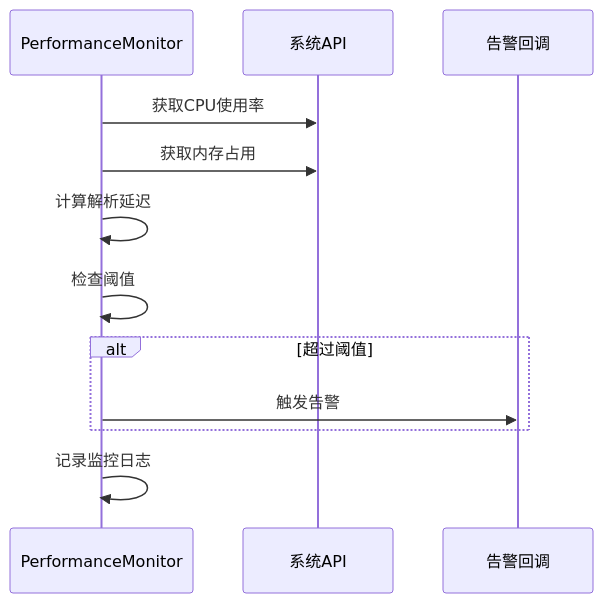
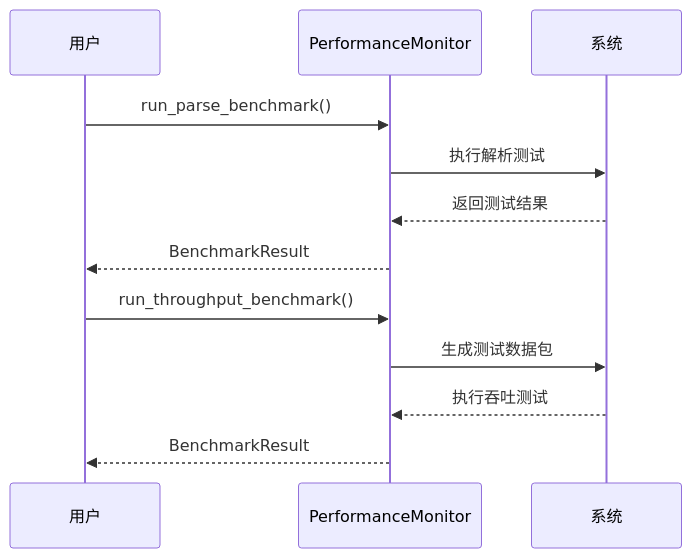
Before and after one commit to jie-798/protocol-parser: the eighth of 9 diagrams in .qoder/repowiki/zh/content/核心组件详解/核心组件详解.md, drawn with Mermaid. The commit also changed other lines of this file and 31 other files, not shown here.

````diff
--- a/.qoder/repowiki/zh/content/核心组件详解/核心组件详解.md
+++ b/.qoder/repowiki/zh/content/核心组件详解/核心组件详解.md
@@ -215,14 +305,14 @@
 ```mermaid
 sequenceDiagram
+participant User as 用户
 participant Monitor as PerformanceMonitor
-participant System as 系统API
-participant Callback as 告警回调
-Monitor->>System : 获取CPU使用率
-Monitor->>System : 获取内存占用
-Monitor->>Monitor : 计算解析延迟
-Monitor->>Monitor : 检查阈值
-alt 超过阈值
-Monitor->>Callback : 触发告警
-end
-Monitor->>Monitor : 记录监控日志
+participant System as 系统
+User->>Monitor : run_parse_benchmark()
+Monitor->>System : 执行解析测试
+System-->>Monitor : 返回测试结果
+Monitor-->>User : BenchmarkResult
+User->>Monitor : run_throughput_benchmark()
+Monitor->>System : 生成测试数据包
+System-->>Monitor : 执行吞吐测试
+Monitor-->>User : BenchmarkResult
 ```
````
